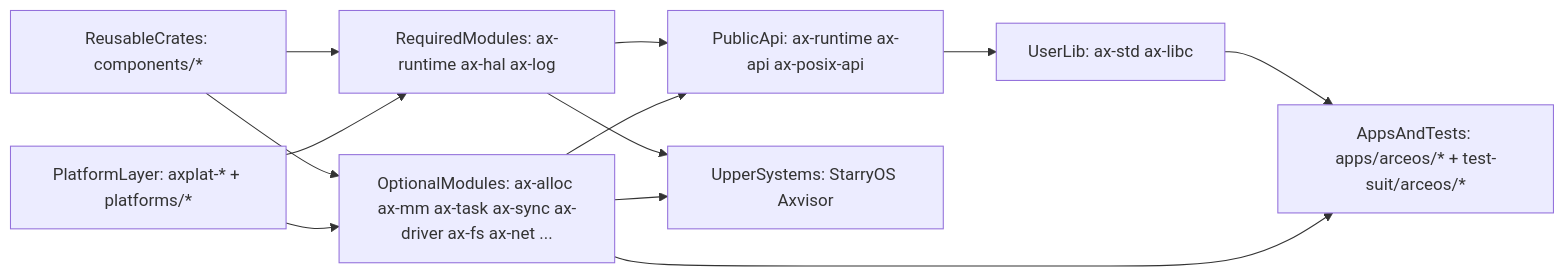
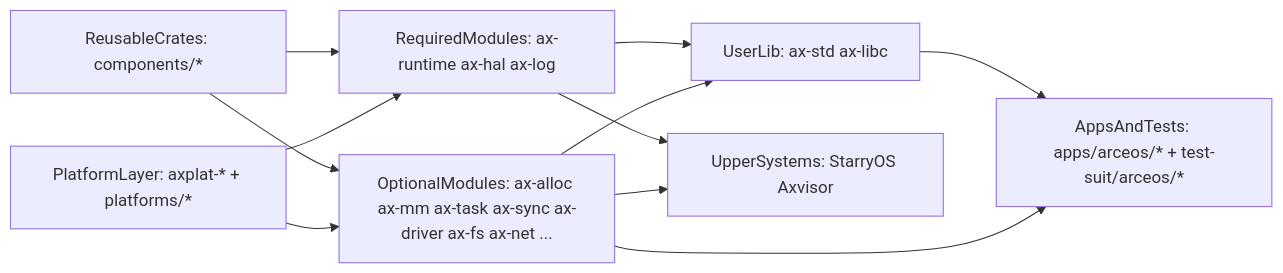
Before and after one commit to rcore-os/tgoskits: the first of 5 diagrams in docs/docs/architecture/arceos.md, drawn with Mermaid. The commit also changed other lines of this file and 130 other files, not shown here.

Commit message:
Remove `ax-api` and `ax-posix-api` crates, making `axstd` and `axlibc` directly depend on ArceOS modules

````diff
--- a/docs/docs/architecture/arceos.md
+++ b/docs/docs/architecture/arceos.md
@@ -28,23 +28,21 @@
 ```mermaid
 flowchart LR
     reusableCrates["ReusableCrates: components/*"]
     platformLayer["PlatformLayer: axplat-* + platforms/*"]
     requiredModules["RequiredModules: ax-runtime ax-hal ax-log"]
     optionalModules["OptionalModules: ax-alloc ax-mm ax-task ax-sync ax-driver ax-fs ax-net ..."]
-    publicApi["PublicApi: ax-runtime ax-api ax-posix-api"]
     userLib["UserLib: ax-std ax-libc"]
     appsAndTests["AppsAndTests: apps/arceos/* + test-suit/arceos/*"]
     upperSystems["UpperSystems: StarryOS Axvisor"]
 
     reusableCrates --> requiredModules
     reusableCrates --> optionalModules
     platformLayer --> requiredModules
     platformLayer --> optionalModules
-    requiredModules --> publicApi
-    optionalModules --> publicApi
-    publicApi --> userLib
+    requiredModules --> userLib
+    optionalModules --> userLib
     userLib --> appsAndTests
     optionalModules --> appsAndTests
     requiredModules --> upperSystems
     optionalModules --> upperSystems
 ```
````
